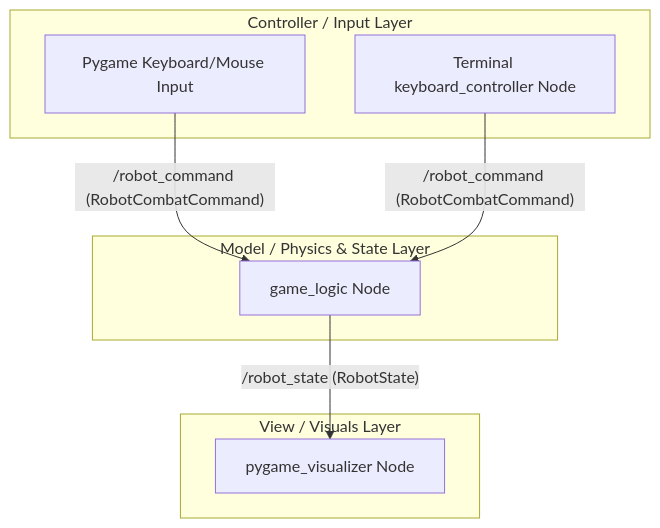
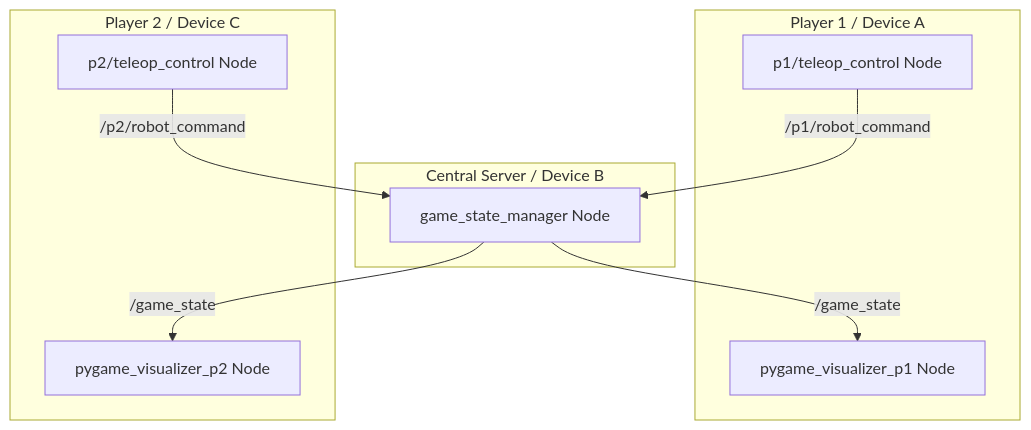
One commit to flourbloom/arena_battle changed the diagram in README.md. Above: the diagram before and after it, drawn with Mermaid. The commit also changed other lines of this file and 15 other files, not shown here.

````diff
--- a/README.md
+++ b/README.md
@@ -13,19 +13,21 @@
 ```mermaid
 graph TD
-    subgraph Controller [Controller / Input Layer]
-        PygameInput[Pygame Keyboard/Mouse Input]
-        TerminalInput[Terminal keyboard_controller Node]
+    subgraph Player1 [Player 1 / Device A]
+        P1_Teleop[p1/teleop_control Node]
+        P1_View[pygame_visualizer_p1 Node]
     end
 
-    subgraph Model [Model / Physics & State Layer]
-        GameLogic[game_logic Node]
+    subgraph Server [Central Server / Device B]
+        GSM[game_state_manager Node]
     end
 
-    subgraph View [View / Visuals Layer]
-        PygameVisualizer[pygame_visualizer Node]
+    subgraph Player2 [Player 2 / Device C]
+        P2_Teleop[p2/teleop_control Node]
+        P2_View[pygame_visualizer_p2 Node]
     end
 
-    PygameInput -- "/robot_command (RobotCombatCommand)" --> GameLogic
-    TerminalInput -- "/robot_command (RobotCombatCommand)" --> GameLogic
-    GameLogic -- "/robot_state (RobotState)" --> PygameVisualizer
+    P1_Teleop -- "/p1/robot_command" --> GSM
+    P2_Teleop -- "/p2/robot_command" --> GSM
+    GSM -- "/game_state" --> P1_View
+    GSM -- "/game_state" --> P2_View
 ```
````
